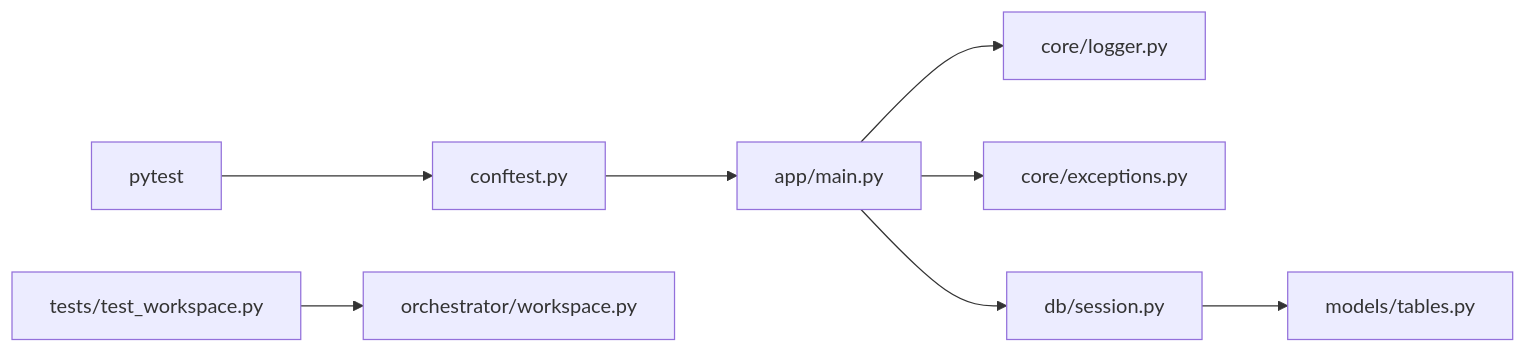
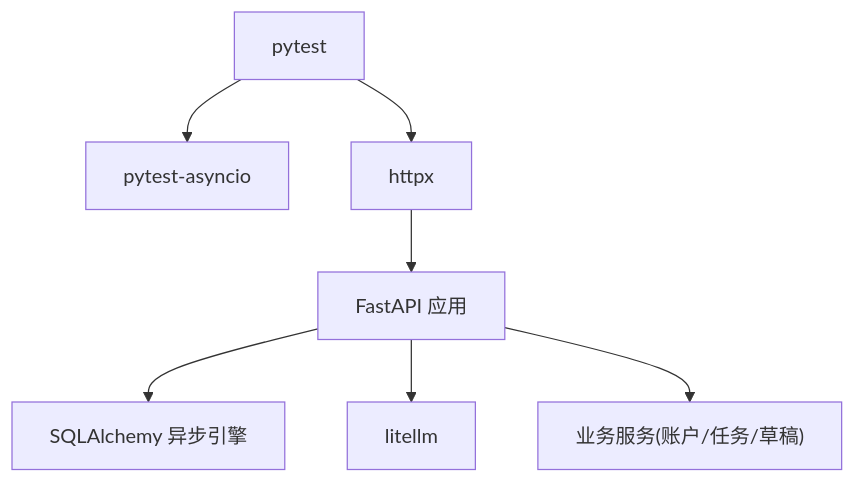
One commit to sansansansansan2022-web/hotclaw changed the ninth of 9 diagrams in .qoder/repowiki/zh/content/后端开发/测试与调试.md. Above: the diagram before and after it, drawn with Mermaid. The commit also changed other lines of this file and 44 other files, not shown here.

````diff
--- a/.qoder/repowiki/zh/content/后端开发/测试与调试.md
+++ b/.qoder/repowiki/zh/content/后端开发/测试与调试.md
@@ -307,10 +349,9 @@
 ```mermaid
-graph LR
-PyTest["pytest"] --> Conftest["conftest.py"]
-Conftest --> App["app/main.py"]
-App --> Logger["core/logger.py"]
-App --> Exceptions["core/exceptions.py"]
-App --> Session["db/session.py"]
-Session --> Tables["models/tables.py"]
-TestsWS["tests/test_workspace.py"] --> WS["orchestrator/workspace.py"]
+graph TB
+PY["pytest"] --> TA["pytest-asyncio"]
+PY --> TX["httpx"]
+TX --> APP["FastAPI 应用"]
+APP --> DB["SQLAlchemy 异步引擎"]
+APP --> LM["litellm"]
+APP --> SVC["业务服务(账户/任务/草稿)"]
 ```
````
